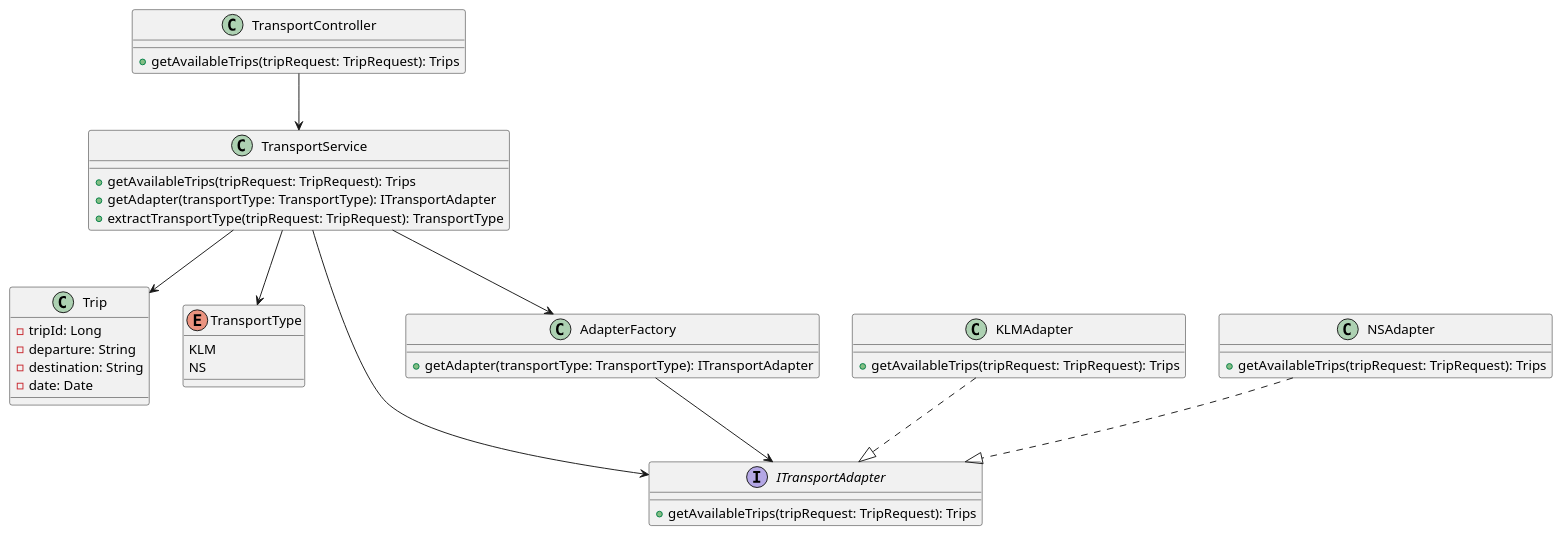
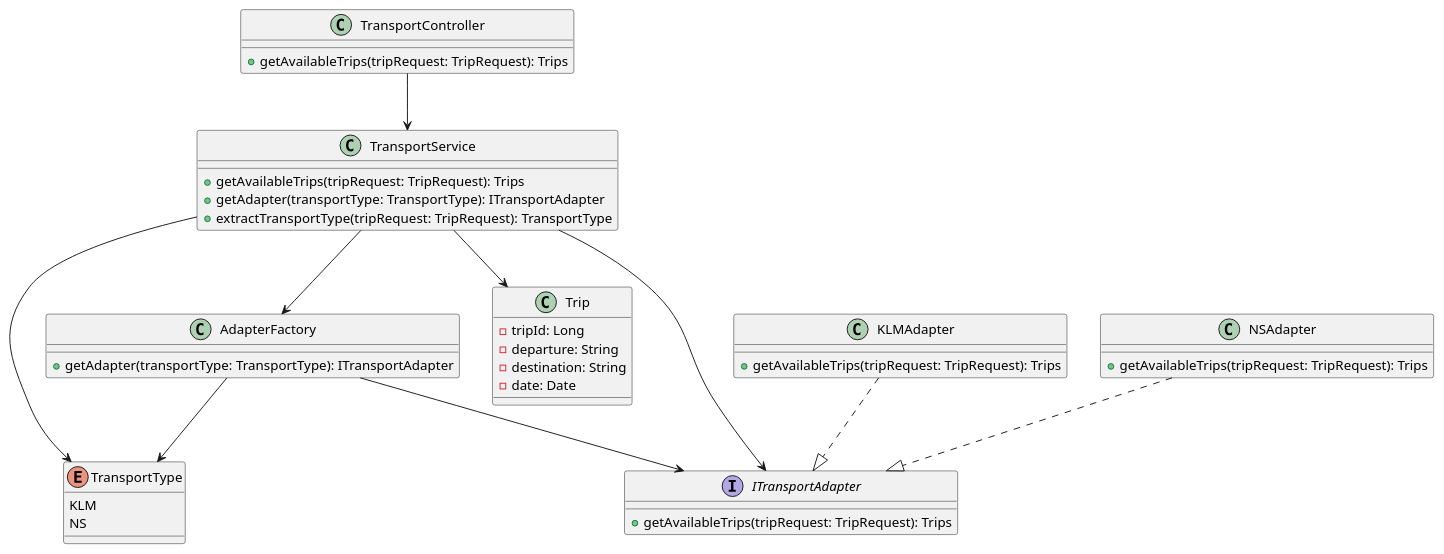
Before and after one commit to AIM-ENE-feb25/triptop-de-broederbond-fgs: the diagram in groeps-uitwerkingen/week2/klassediagrammen/klassediagram-Felix.puml, drawn with PlantUML. The commit also changed 10 other files, not shown here.

```diff
--- a/groeps-uitwerkingen/week2/klassediagrammen/klassediagram-Felix.puml
+++ b/groeps-uitwerkingen/week2/klassediagrammen/klassediagram-Felix.puml
@@ -1,54 +1,55 @@
 @startuml
 
 class TransportController {
     +getAvailableTrips(tripRequest: TripRequest): Trips
 }
 
 TransportController --> TransportService
 
+AdapterFactory --> TransportType
 class TransportService {
     +getAvailableTrips(tripRequest: TripRequest): Trips
     +getAdapter(transportType: TransportType): ITransportAdapter
     +extractTransportType(tripRequest: TripRequest): TransportType
 }
 
 class Trip {
     - tripId: Long
     - departure: String
     - destination: String
     - date: Date
 }
 
 enum TransportType {
     KLM
     NS
 }
 
 interface ITransportAdapter {
     +getAvailableTrips(tripRequest: TripRequest): Trips
 }
 
 class KLMAdapter {
     +getAvailableTrips(tripRequest: TripRequest): Trips
 }
 
 class NSAdapter {
     +getAvailableTrips(tripRequest: TripRequest): Trips
 }
 
 class AdapterFactory {
     +getAdapter(transportType: TransportType): ITransportAdapter
 }
 
 TransportService --> Trip
 
 KLMAdapter ..|> ITransportAdapter
 NSAdapter ..|> ITransportAdapter
 TransportService --> ITransportAdapter
 
 AdapterFactory --> ITransportAdapter
 TransportService --> AdapterFactory
 
 TransportService --> TransportType
 
 @enduml
```
